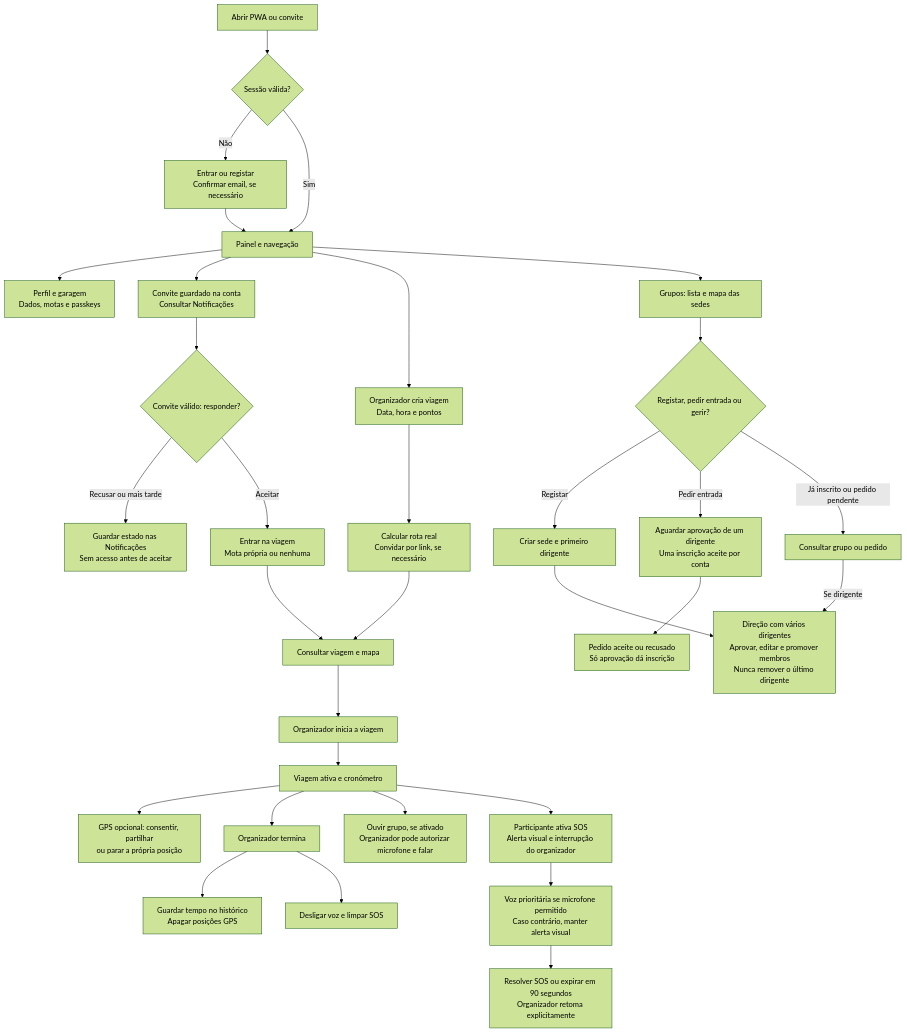
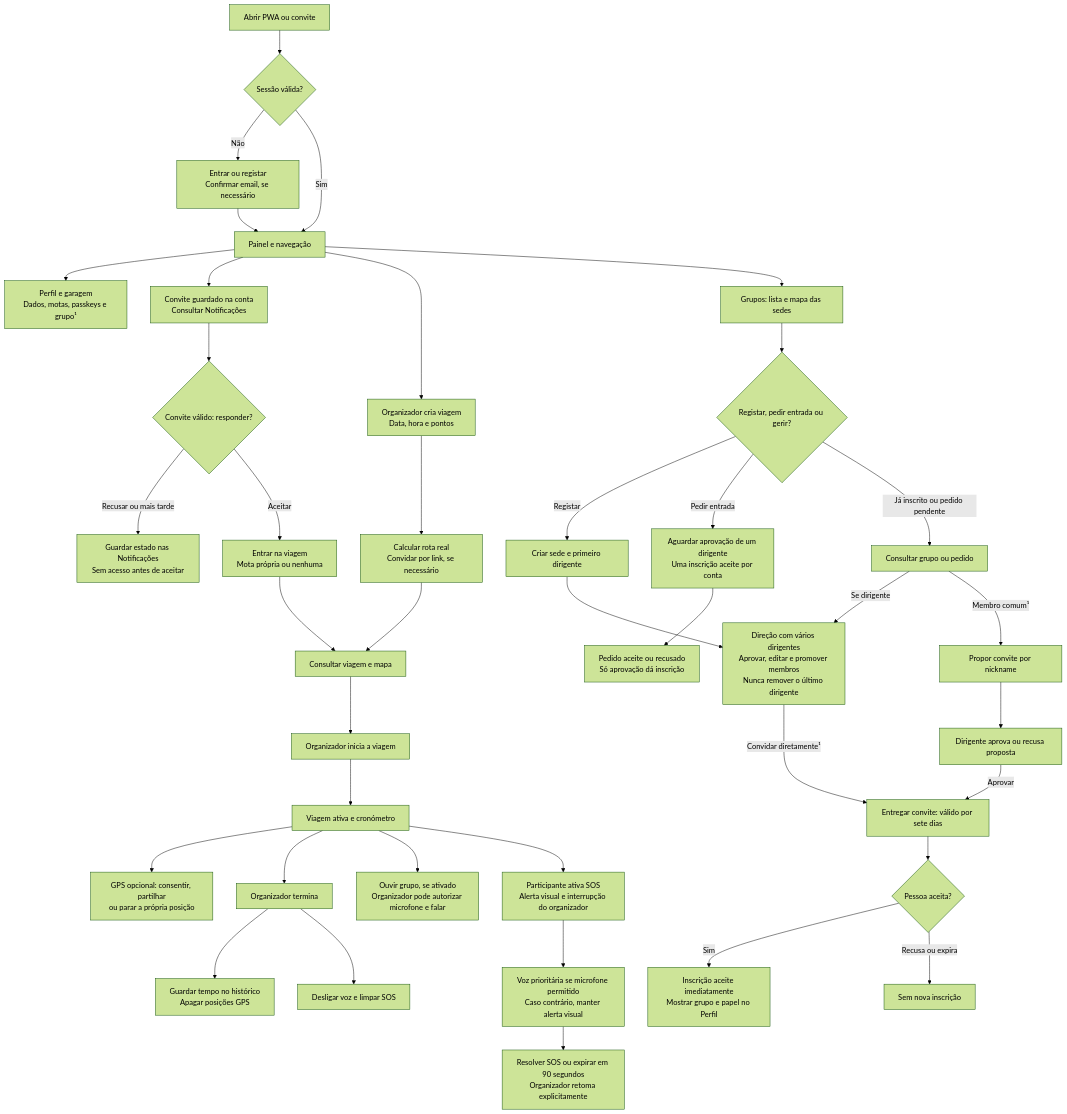
Before and after one commit to Pedrim-dot-com/rideSync: the second of 2 diagrams in README.md, drawn with Mermaid (forest theme). The commit also changed other lines of this file and 39 other files, not shown here.

````diff
--- a/README.md
+++ b/README.md
@@ -57,37 +60,44 @@
 ```mermaid
 flowchart TB
     OPEN["Abrir PWA ou convite"] --> SESSION{"Sessão válida?"}
     SESSION -->|"Não"| LOGIN["Entrar ou registar<br/>Confirmar email, se necessário"]
     LOGIN --> HOME["Painel e navegação"]
     SESSION -->|"Sim"| HOME
-    HOME --> PROFILE["Perfil e garagem<br/>Dados, motas e passkeys"]
+    HOME --> PROFILE["Perfil e garagem<br/>Dados, motas, passkeys e grupo¹"]
     HOME --> INBOX["Convite guardado na conta<br/>Consultar Notificações"]
     INBOX --> RESPONSE{"Convite válido: responder?"}
     RESPONSE -->|"Recusar ou mais tarde"| KEEP["Guardar estado nas Notificações<br/>Sem acesso antes de aceitar"]
     RESPONSE -->|"Aceitar"| BIKE["Entrar na viagem<br/>Mota própria ou nenhuma"]
     HOME --> CREATE["Organizador cria viagem<br/>Data, hora e pontos"]
     CREATE --> ROUTE["Calcular rota real<br/>Convidar por link, se necessário"]
     ROUTE --> PLAN["Consultar viagem e mapa"]
     BIKE --> PLAN
     PLAN --> START["Organizador inicia a viagem"]
     START --> ACTIVE["Viagem ativa e cronómetro"]
     ACTIVE --> GPS["GPS opcional: consentir, partilhar<br/>ou parar a própria posição"]
     ACTIVE --> FINISH["Organizador termina"]
     FINISH --> HISTORY["Guardar tempo no histórico<br/>Apagar posições GPS"]
 
     ACTIVE --> RADIO["Ouvir grupo, se ativado<br/>Organizador pode autorizar microfone e falar"]
     ACTIVE --> SOS["Participante ativa SOS<br/>Alerta visual e interrupção do organizador"]
     SOS --> PRIORITY["Voz prioritária se microfone permitido<br/>Caso contrário, manter alerta visual"]
     PRIORITY --> RESOLVE["Resolver SOS ou expirar em 90 segundos<br/>Organizador retoma explicitamente"]
     FINISH --> CLOSEVOICE["Desligar voz e limpar SOS"]
 
     HOME --> DIRECTORY["Grupos: lista e mapa das sedes"]
     DIRECTORY --> GROUPACTION{"Registar, pedir entrada ou gerir?"}
     GROUPACTION -->|"Registar"| NEWGROUP["Criar sede e primeiro dirigente"]
     GROUPACTION -->|"Pedir entrada"| APPROVAL["Aguardar aprovação de um dirigente<br/>Uma inscrição aceite por conta"]
     GROUPACTION -->|"Já inscrito ou pedido pendente"| MYGROUP["Consultar grupo ou pedido"]
     APPROVAL --> MEMBER["Pedido aceite ou recusado<br/>Só aprovação dá inscrição"]
     NEWGROUP --> LEADERS["Direção com vários dirigentes<br/>Aprovar, editar e promover membros<br/>Nunca remover o último dirigente"]
     MYGROUP -->|"Se dirigente"| LEADERS
+    MYGROUP -->|"Membro comum¹"| PROPOSAL["Propor convite por nickname"]
+    PROPOSAL --> REVIEW["Dirigente aprova ou recusa proposta"]
+    REVIEW -->|"Aprovar"| GROUPINVITE["Entregar convite: válido por sete dias"]
+    LEADERS -->|"Convidar diretamente¹"| GROUPINVITE
+    GROUPINVITE --> CONSENT{"Pessoa aceita?"}
+    CONSENT -->|"Sim"| JOINED["Inscrição aceite imediatamente<br/>Mostrar grupo e papel no Perfil"]
+    CONSENT -->|"Recusa ou expira"| UNGROUPED["Sem nova inscrição"]
 
 ```
````
